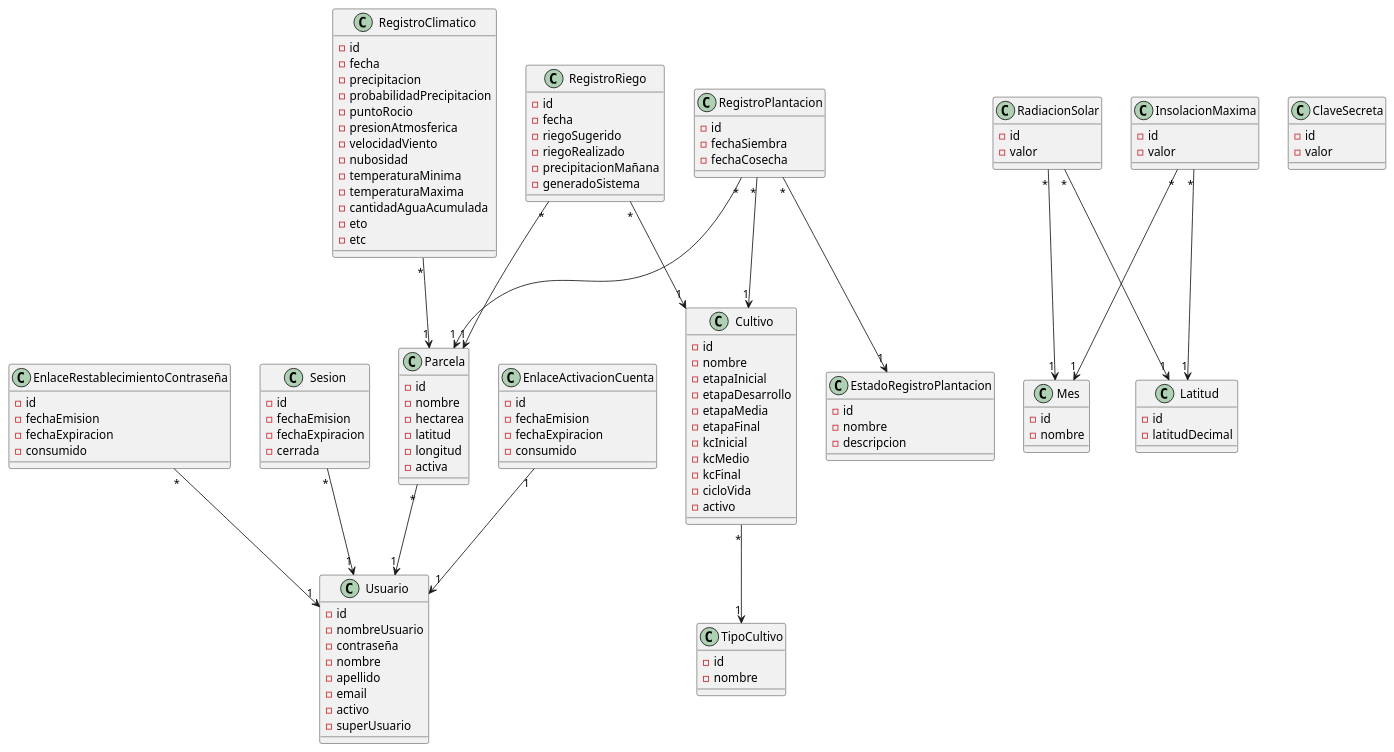
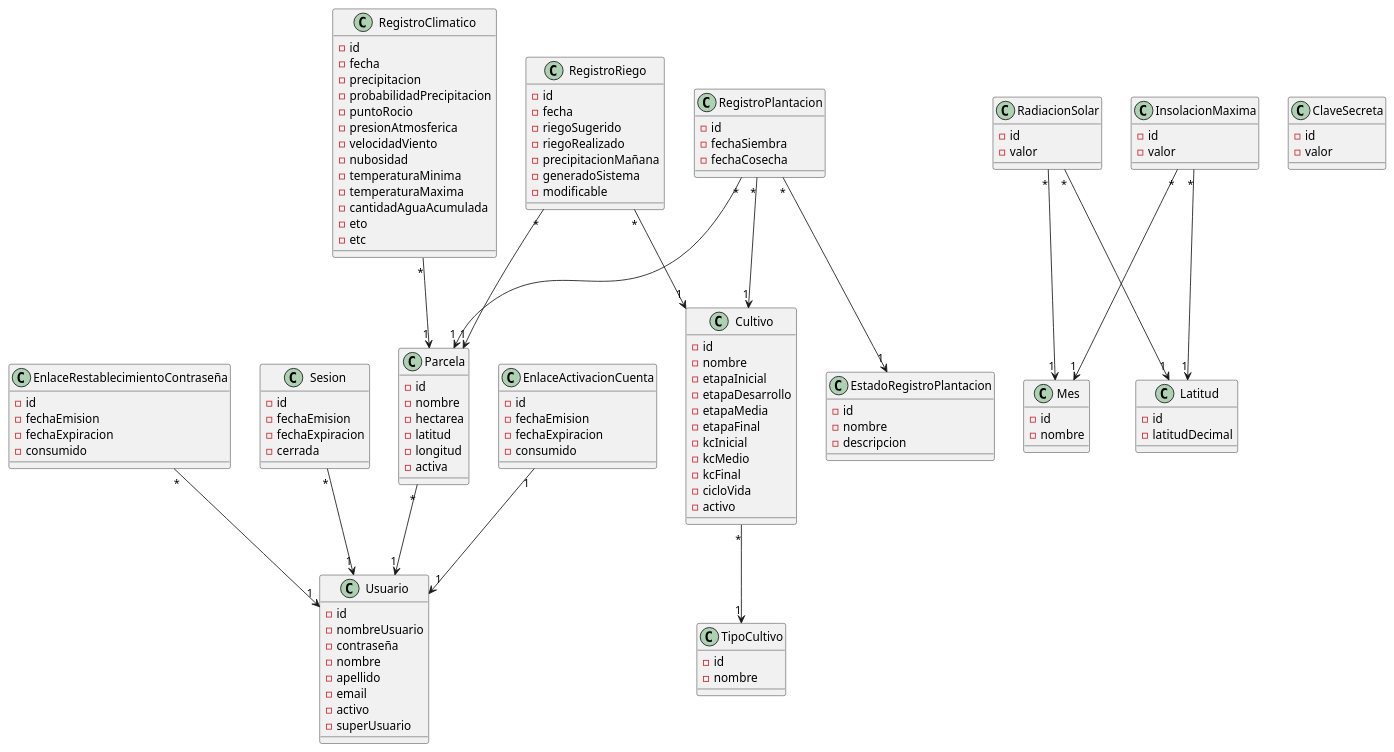
The diagram in domain model/Modelo de dominio.pu (facundopaez-dev/sistema-web-riego), drawn with PlantUML before and after one commit. The commit also changed 11 other files, not shown here.

```diff
--- a/domain model/Modelo de dominio.pu
+++ b/domain model/Modelo de dominio.pu
@@ -1,141 +1,142 @@
 @startuml
 
 Parcela "*"-->"1" Usuario
 RegistroClimatico "*"-->"1" Parcela
 RegistroRiego "*"-->"1" Parcela
 RegistroPlantacion "*"-->"1" Parcela
 RegistroPlantacion "*"-->"1" Cultivo
 RegistroPlantacion "*"-->"1" EstadoRegistroPlantacion
 RadiacionSolar "*"-->"1" Mes
 RadiacionSolar "*"-->"1" Latitud
 InsolacionMaxima "*"-->"1" Mes
 InsolacionMaxima "*"-->"1" Latitud
 Cultivo "*"-->"1" TipoCultivo
 EnlaceActivacionCuenta "1" --> "1" Usuario
 EnlaceRestablecimientoContraseña "*" --> "1" Usuario
 Sesion "*" --> "1" Usuario
 RegistroRiego "*" --> "1" Cultivo
 
 class Parcela {
 -id
 -nombre
 -hectarea
 -latitud
 -longitud
 -activa
 }
 
 class Cultivo {
 -id
 -nombre
 -etapaInicial
 -etapaDesarrollo
 -etapaMedia
 -etapaFinal
 -kcInicial
 -kcMedio
 -kcFinal
 -cicloVida
 -activo
 }
 
 class TipoCultivo {
 -id
 -nombre
 }
 
 class RegistroClimatico {
 -id
 -fecha
 -precipitacion
 -probabilidadPrecipitacion
 -puntoRocio
 -presionAtmosferica
 -velocidadViento
 -nubosidad
 -temperaturaMinima
 -temperaturaMaxima
 -cantidadAguaAcumulada
 -eto
 -etc
 }
 
 class RegistroPlantacion {
 -id
 -fechaSiembra
 -fechaCosecha
 }
 
 class RegistroRiego {
 -id
 -fecha
 -riegoSugerido
 -riegoRealizado
 -precipitacionMañana
 -generadoSistema
+-modificable
 }
 
 class Usuario {
 -id
 -nombreUsuario
 -contraseña
 -nombre
 -apellido
 -email
 -activo
 -superUsuario
 }
 
 class EstadoRegistroPlantacion {
 -id
 -nombre
 -descripcion
 }
 
 class Mes {
 -id
 -nombre
 }
 
 class Latitud {
 -id
 -latitudDecimal
 }
 
 class RadiacionSolar {
 -id
 -valor
 }
 
 class InsolacionMaxima {
 -id
 -valor
 }
 
 class EnlaceActivacionCuenta {
 -id
 -fechaEmision
 -fechaExpiracion
 -consumido
 }
 
 class EnlaceRestablecimientoContraseña {
 -id
 -fechaEmision
 -fechaExpiracion
 -consumido
 }
 
 class Sesion {
 -id
 -fechaEmision
 -fechaExpiracion
 -cerrada
 }
 
 class ClaveSecreta {
 -id
 -valor
 }
 
 @enduml
```
